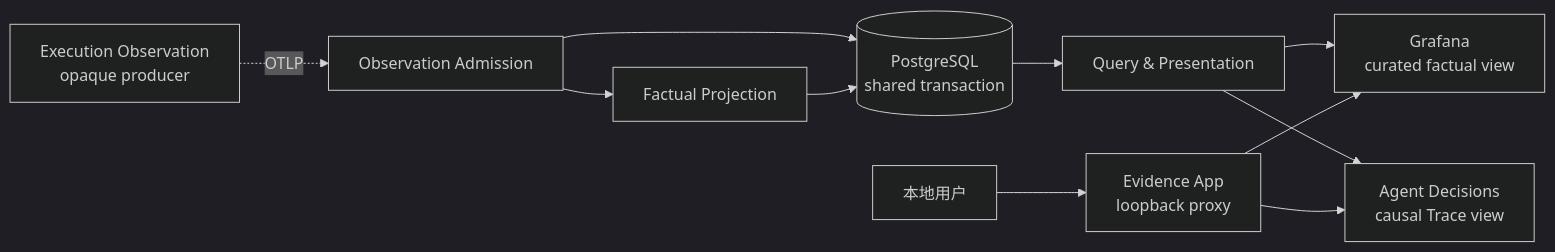
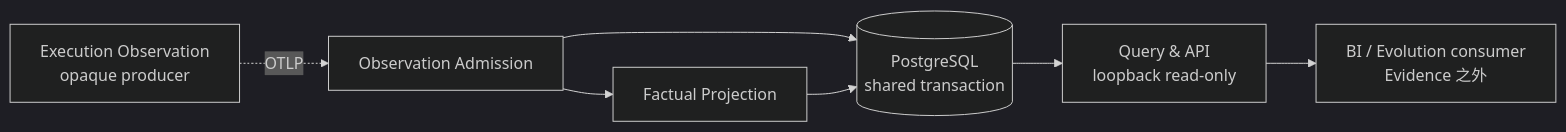
One commit to firestige/workflow-self-recursive changed the first of 2 diagrams in docs/systems/evidence/evidence-system.zh-CN.md. Above: the diagram before and after it, drawn with Mermaid (dark theme). The commit also changed other lines of this file and 3 other files, not shown here.

````diff
--- a/docs/systems/evidence/evidence-system.zh-CN.md
+++ b/docs/systems/evidence/evidence-system.zh-CN.md
@@ -69,13 +69,9 @@
 ```mermaid
 flowchart LR
     O["Execution Observation<br/>opaque producer"] -. "OTLP" .-> A["Observation Admission"]
     A --> F["Factual Projection"]
     A --> P[("PostgreSQL<br/>shared transaction")]
     F --> P
-    P --> Q["Query & Presentation"]
-    Q --> G["Grafana<br/>curated factual view"]
-    Q --> D["Agent Decisions<br/>causal Trace view"]
-    U["本地用户"] --> X["Evidence App<br/>loopback proxy"]
-    X --> G
-    X --> D
+    P --> Q["Query & API<br/>loopback read-only"]
+    Q --> B["BI / Evolution consumer<br/>Evidence 之外"]
 ```
````
